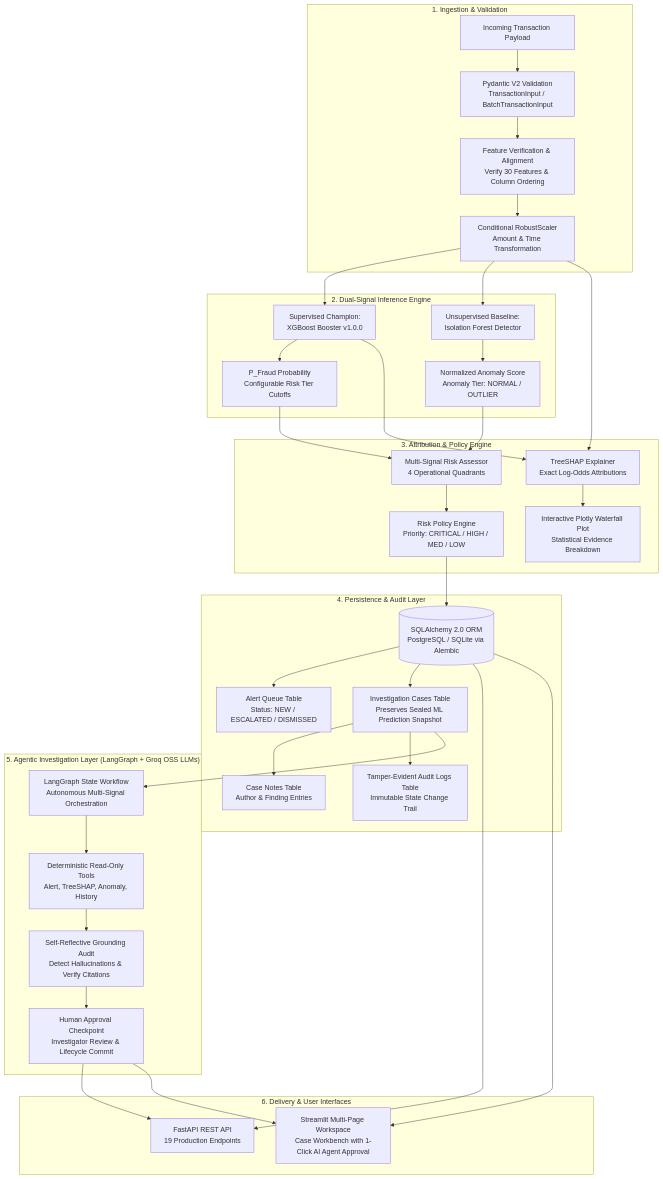
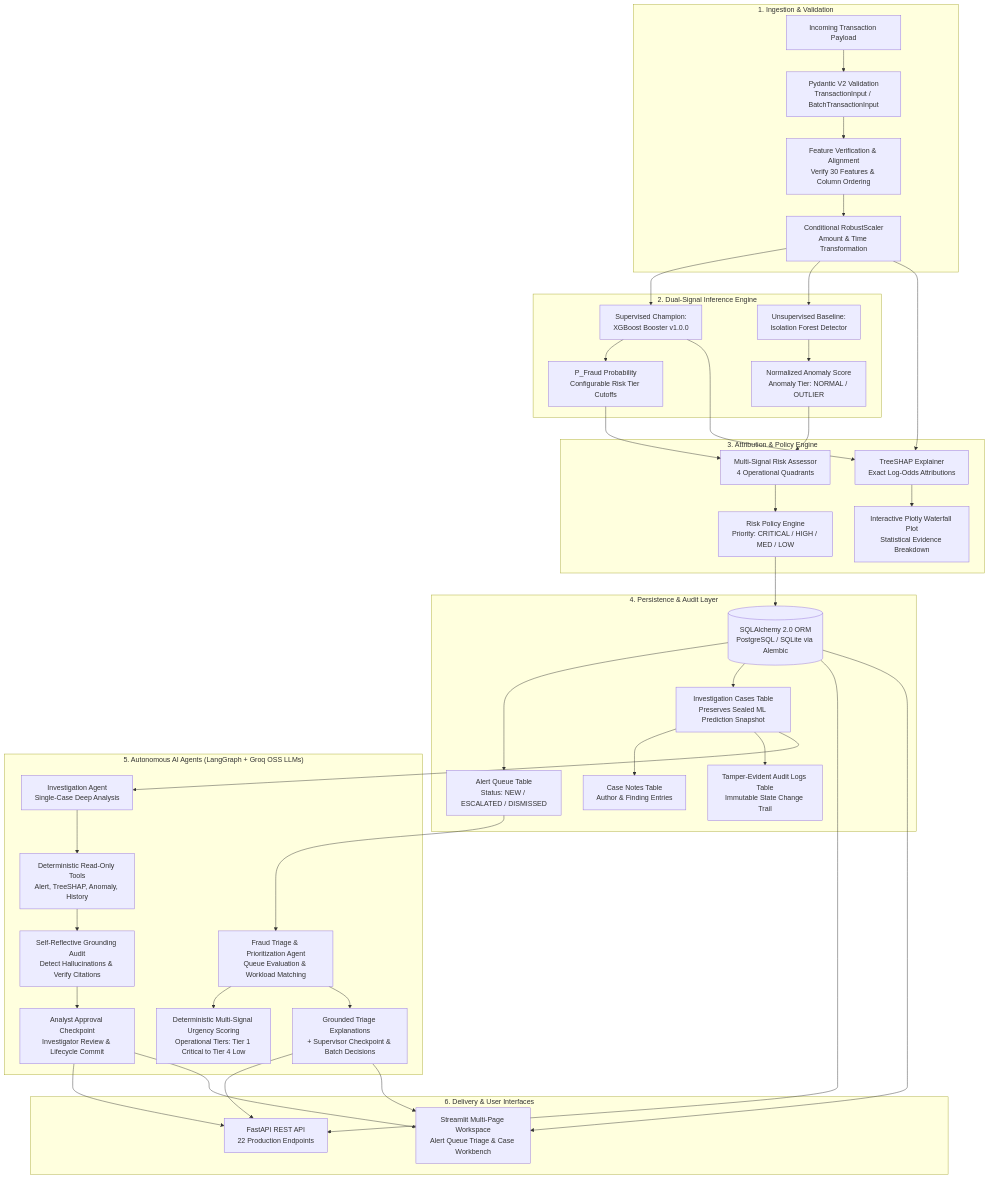
The first of 4 diagrams in README.md (SohamMistry01/Anti-Fraudster-Engine), drawn with Mermaid before and after one commit. The commit also changed other lines of this file, not shown here.

Commit message:
Updated READMEmd: Fraud Triage & Priortization Agent

````diff
--- a/README.md
+++ b/README.md
@@ -42,42 +48,46 @@
 ```mermaid
 flowchart TD
     subgraph INGESTION["1. Ingestion & Validation"]
         A[Incoming Transaction Payload] --> B[Pydantic V2 Validation<br/>TransactionInput / BatchTransactionInput]
         B --> C[Feature Verification & Alignment<br/>Verify 30 Features & Column Ordering]
         C --> D[Conditional RobustScaler<br/>Amount & Time Transformation]
     end
 
     subgraph INFERENCE["2. Dual-Signal Inference Engine"]
         D --> E1[Supervised Champion:<br/>XGBoost Booster v1.0.0]
         D --> E2[Unsupervised Baseline:<br/>Isolation Forest Detector]
         E1 --> F1[P_Fraud Probability<br/>Configurable Risk Tier Cutoffs]
         E2 --> F2[Normalized Anomaly Score<br/>Anomaly Tier: NORMAL / OUTLIER]
     end
 
     subgraph EXPLAINABILITY["3. Attribution & Policy Engine"]
         E1 & D --> G1[TreeSHAP Explainer<br/>Exact Log-Odds Attributions]
         G1 --> G2[Interactive Plotly Waterfall Plot<br/>Statistical Evidence Breakdown]
         F1 & F2 --> H[Multi-Signal Risk Assessor<br/>4 Operational Quadrants]
         H --> I[Risk Policy Engine<br/>Priority: CRITICAL / HIGH / MED / LOW]
     end
 
     subgraph PERSISTENCE["4. Persistence & Audit Layer"]
         I --> J[(SQLAlchemy 2.0 ORM<br/>PostgreSQL / SQLite via Alembic)]
         J --> K1[Alert Queue Table<br/>Status: NEW / ESCALATED / DISMISSED]
         J --> K2[Investigation Cases Table<br/>Preserves Sealed ML Prediction Snapshot]
         K2 --> K3[Case Notes Table<br/>Author & Finding Entries]
         K2 --> K4[Tamper-Evident Audit Logs Table<br/>Immutable State Change Trail]
     end
 
-    subgraph AGENTS["5. Agentic Investigation Layer (LangGraph + Groq OSS LLMs)"]
-        K2 --> L1[LangGraph State Workflow<br/>Autonomous Multi-Signal Orchestration]
+    subgraph AGENTS["5. Autonomous AI Agents (LangGraph + Groq OSS LLMs)"]
+        K1 --> T1[Fraud Triage & Prioritization Agent<br/>Queue Evaluation & Workload Matching]
+        T1 --> T2[Deterministic Multi-Signal Urgency Scoring<br/>Operational Tiers: Tier 1 Critical to Tier 4 Low]
+        T1 --> T3[Grounded Triage Explanations<br/>+ Supervisor Checkpoint & Batch Decisions]
+        
+        K2 --> L1[Investigation Agent<br/>Single-Case Deep Analysis]
         L1 --> L2[Deterministic Read-Only Tools<br/>Alert, TreeSHAP, Anomaly, History]
         L2 --> L3[Self-Reflective Grounding Audit<br/>Detect Hallucinations & Verify Citations]
-        L3 --> L4[Human Approval Checkpoint<br/>Investigator Review & Lifecycle Commit]
+        L3 --> L4[Analyst Approval Checkpoint<br/>Investigator Review & Lifecycle Commit]
     end
 
     subgraph PRESENTATION["6. Delivery & User Interfaces"]
-        J & L4 --> M[FastAPI REST API<br/>19 Production Endpoints]
-        J & L4 --> N[Streamlit Multi-Page Workspace<br/>Case Workbench with 1-Click AI Agent Approval]
+        J & T3 & L4 --> M[FastAPI REST API<br/>22 Production Endpoints]
+        J & T3 & L4 --> N[Streamlit Multi-Page Workspace<br/>Alert Queue Triage & Case Workbench]
     end
 ```
````
